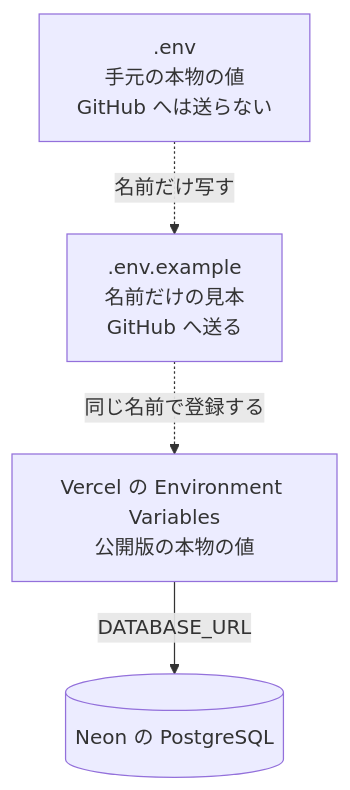
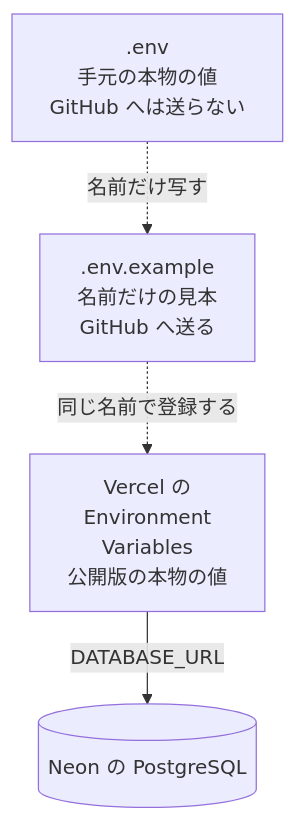
The fourth of 4 diagrams in material/30days-curriculum/day04_ネットに公開.md (kouiso/task-app), drawn with Mermaid before and after one commit. The commit also changed other lines of this file and 24 other files, not shown here.

First line of the commit message:
fix(material): Mermaid 図のファイル名キャプションとノード途中折れを直す (#457) (#718)

````diff
--- a/material/30days-curriculum/day04_ネットに公開.md
+++ b/material/30days-curriculum/day04_ネットに公開.md
@@ -431,10 +431,10 @@
 ```mermaid
 flowchart TB
     ENV[".env<br/>手元の本物の値<br/>GitHub へは送らない"]
     EX[".env.example<br/>名前だけの見本<br/>GitHub へ送る"]
-    VER["Vercel の Environment Variables<br/>公開版の本物の値"]
+    VER["Vercel の<br/>Environment<br/>Variables<br/>公開版の本物の値"]
     NEON[("Neon の PostgreSQL")]
     ENV -.->|"名前だけ写す"| EX
     EX -.->|"同じ名前で登録する"| VER
     VER -->|"DATABASE_URL"| NEON
 ```
````
